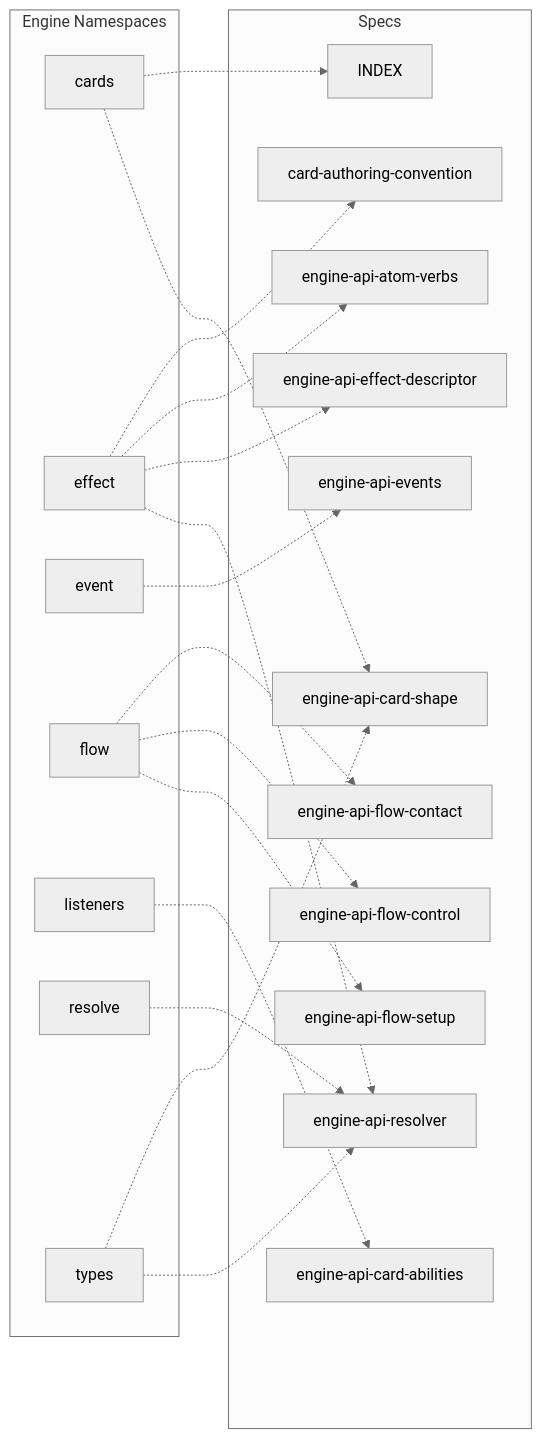
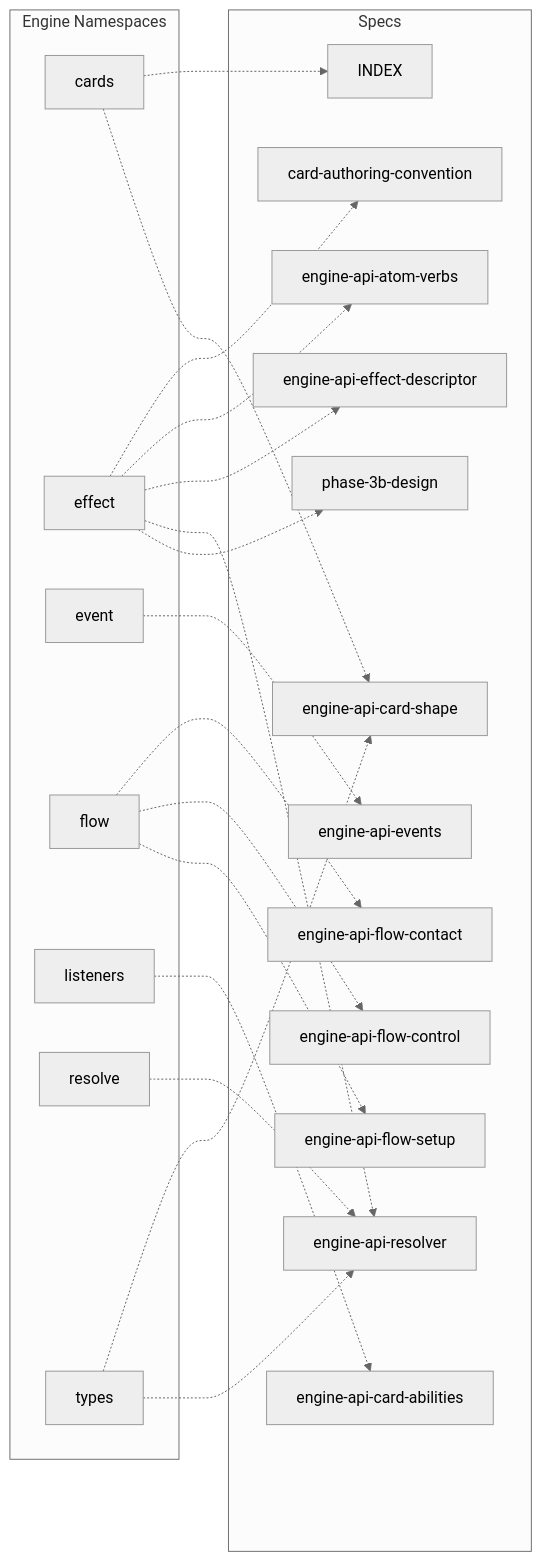
One commit to orihekat78/TCGApp changed the diagram in .claude/auto/mapping/graph-specs.md. Above: the diagram before and after it, drawn with Mermaid (neutral theme). The commit also changed other lines of this file and 78 other files, not shown here.

````diff
--- a/.claude/auto/mapping/graph-specs.md
+++ b/.claude/auto/mapping/graph-specs.md
@@ -9,39 +9,41 @@
 ```mermaid
 flowchart LR
   subgraph engine["Engine Namespaces"]
     NS_cards["cards"]
     NS_effect["effect"]
     NS_event["event"]
     NS_flow["flow"]
     NS_listeners["listeners"]
     NS_resolve["resolve"]
     NS_types["types"]
   end
   subgraph specs["Specs"]
     S_card_authoring_convention_md["card-authoring-convention"]
     S_cards_data_INDEX_md["INDEX"]
     S_engine_api_atom_verbs_md["engine-api-atom-verbs"]
     S_engine_api_card_abilities_md["engine-api-card-abilities"]
     S_engine_api_card_shape_md["engine-api-card-shape"]
     S_engine_api_effect_descriptor_md["engine-api-effect-descriptor"]
     S_engine_api_events_md["engine-api-events"]
     S_engine_api_flow_contact_md["engine-api-flow-contact"]
     S_engine_api_flow_control_md["engine-api-flow-control"]
     S_engine_api_flow_setup_md["engine-api-flow-setup"]
     S_engine_api_resolver_md["engine-api-resolver"]
+    S_refactor_plan_phase_3b_design_md["phase-3b-design"]
   end
   NS_cards -.-> S_cards_data_INDEX_md
   NS_cards -.-> S_engine_api_card_shape_md
   NS_effect -.-> S_card_authoring_convention_md
   NS_effect -.-> S_engine_api_atom_verbs_md
   NS_effect -.-> S_engine_api_effect_descriptor_md
   NS_effect -.-> S_engine_api_resolver_md
+  NS_effect -.-> S_refactor_plan_phase_3b_design_md
   NS_event -.-> S_engine_api_events_md
   NS_flow -.-> S_engine_api_flow_contact_md
   NS_flow -.-> S_engine_api_flow_control_md
   NS_flow -.-> S_engine_api_flow_setup_md
   NS_listeners -.-> S_engine_api_card_abilities_md
   NS_resolve -.-> S_engine_api_resolver_md
   NS_types -.-> S_engine_api_card_shape_md
   NS_types -.-> S_engine_api_resolver_md
 ```
````
